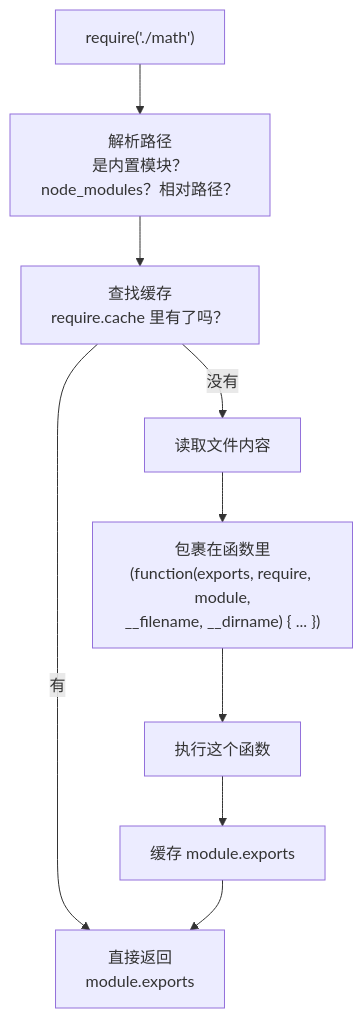
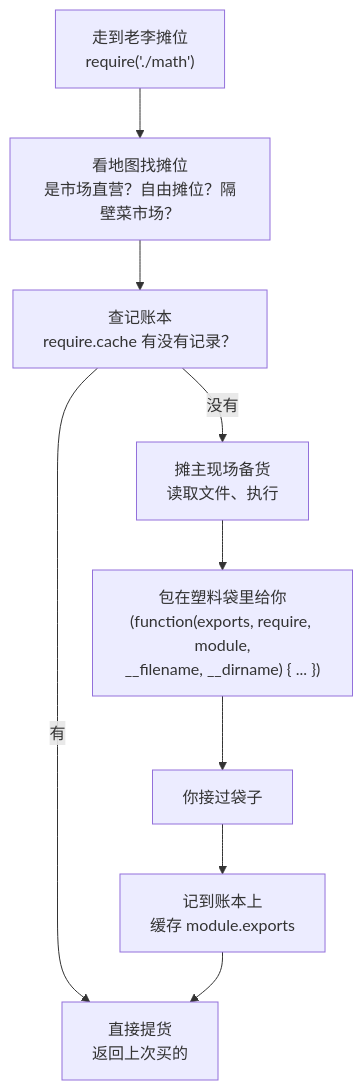
Before and after one commit to qknow-0/blog: the second of 2 diagrams in languages/nodejs/esm-cjs-modules.md, drawn with Mermaid. The commit also changed other lines of this file, not shown here.

Commit message:
docs: Node.js 模块系统比喻重写——菜市场 vs 网上超市

````diff
--- a/languages/nodejs/esm-cjs-modules.md
+++ b/languages/nodejs/esm-cjs-modules.md
@@ -56,11 +57,11 @@
 ```mermaid
 flowchart TD
-    A["require('./math')"] --> B["解析路径<br/>是内置模块？node_modules？相对路径？"]
-    B --> C["查找缓存<br/>require.cache 里有了吗？"]
-    C -->|"有"| D["直接返回<br/>module.exports"]
-    C -->|"没有"| E["读取文件内容"]
-    E --> F["包裹在函数里<br/>(function(exports, require, module,<br/>__filename, __dirname) { ... })"]
-    F --> G["执行这个函数"]
-    G --> H["缓存 module.exports"]
+    A["走到老李摊位<br/>require('./math')"] --> B["看地图找摊位<br/>是市场直营？自由摊位？隔壁菜市场？"]
+    B --> C["查记账本<br/>require.cache 有没有记录？"]
+    C -->|"有"| D["直接提货<br/>返回上次买的"]
+    C -->|"没有"| E["摊主现场备货<br/>读取文件、执行"]
+    E --> F["包在塑料袋里给你<br/>(function(exports, require, module,<br/>__filename, __dirname) { ... })"]
+    F --> G["你接过袋子"]
+    G --> H["记到账本上<br/>缓存 module.exports"]
     H --> D
 ```
````
